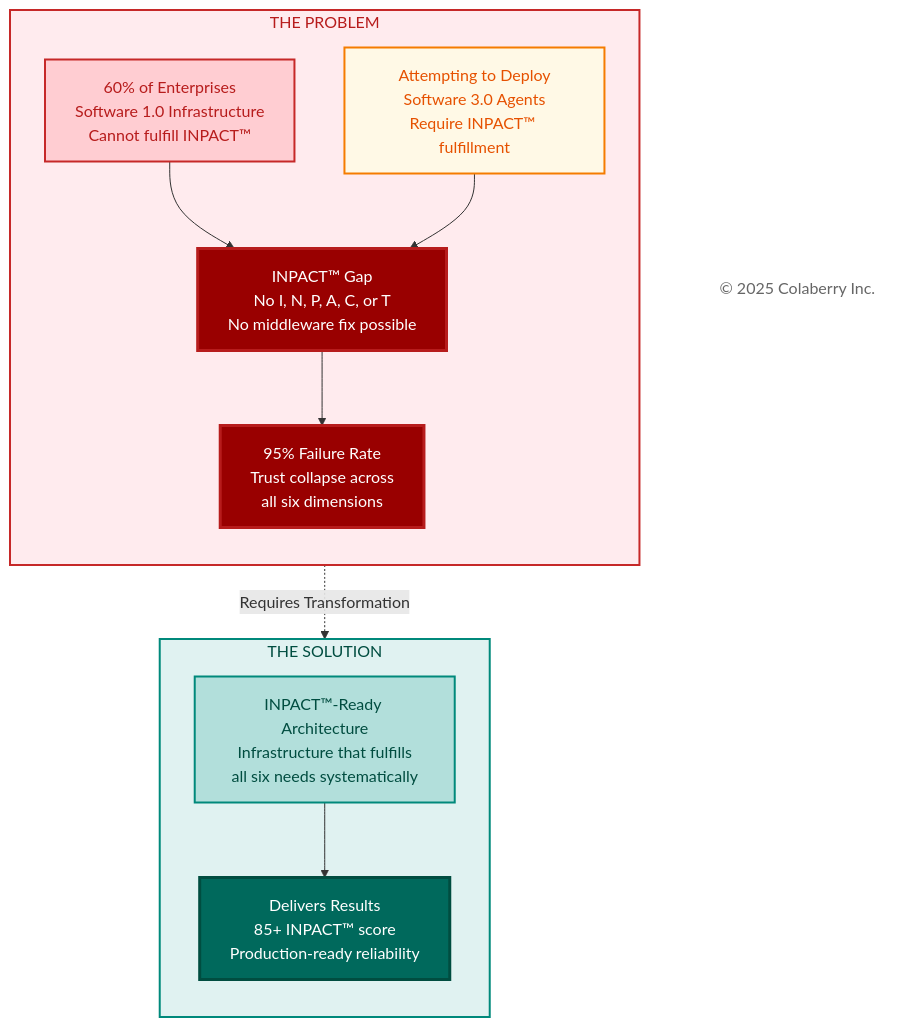
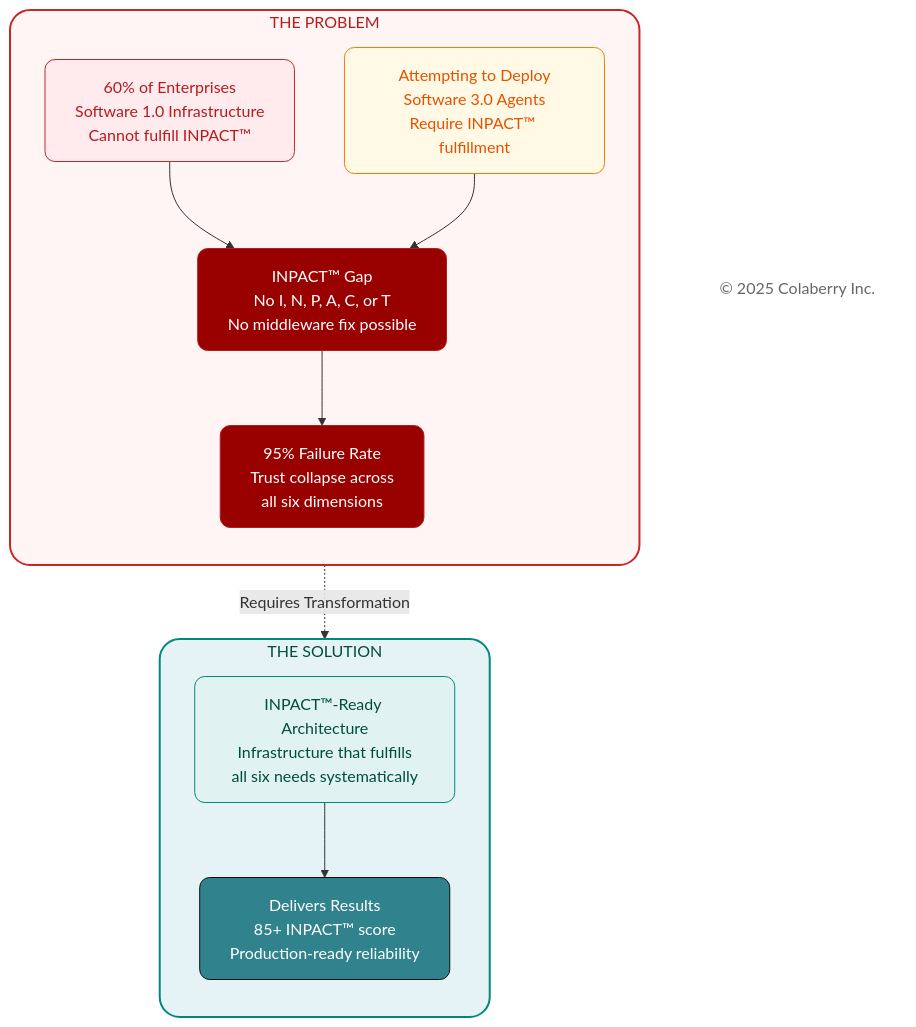
The fourth of 6 diagrams in manuscript/02_chapter_1_why_agents_fail.md (saitejesh-cyber/trust-before-intelligence-book), drawn with Mermaid before and after one commit. The commit also changed other lines of this file, not shown here.

Commit message:
Chapter2: Updated mermaid diagrams based on new colaberry color code

````diff
--- a/manuscript/02_chapter_1_why_agents_fail.md
+++ b/manuscript/02_chapter_1_why_agents_fail.md
@@ -473,43 +472,42 @@
 ```mermaid
 
 graph TB
     subgraph PROBLEM["THE PROBLEM"]
         direction TB
         current["60% of Enterprises<br/>Software 1.0 Infrastructure<br/>Cannot fulfill INPACT™"]
         
         attempting["Attempting to Deploy<br/>Software 3.0 Agents<br/>Require INPACT™ fulfillment"]
         
         gap["INPACT™ Gap<br/>No I, N, P, A, C, or T<br/>No middleware fix possible"]
         
         result["95% Failure Rate<br/>Trust collapse across<br/>all six dimensions"]
         
         current --> gap
         attempting --> gap
         gap --> result
     end
     
     subgraph SOLUTION["THE SOLUTION"]
         direction TB
         transform["INPACT™-Ready Architecture<br/>Infrastructure that fulfills<br/>all six needs systematically"]
         
         delivers["Delivers Results<br/>85+ INPACT™ score<br/>Production-ready reliability"]
         
         transform --> delivers
     end
     
     result -.->|"Requires Transformation"| transform
     
     Copyright["© 2025 Colaberry Inc."]
     
-    style PROBLEM fill:#ffebee,stroke:#c62828,stroke-width:2px,color:#b71c1c
-    style current fill:#ffcdd2,stroke:#c62828,stroke-width:2px,color:#b71c1c
-    style attempting fill:#fff9e6,stroke:#f57c00,stroke-width:2px,color:#e65100
-    style gap fill:#990000,color:#ffffff,stroke:#b71c1c,stroke-width:3px
-    style result fill:#990000,color:#ffffff,stroke:#b71c1c,stroke-width:3px
-    
-    style SOLUTION fill:#e0f2f1,stroke:#00897b,stroke-width:2px,color:#004d40
-    style transform fill:#b2dfdb,stroke:#00897b,stroke-width:2px,color:#004d40
-    style delivers fill:#00695c,color:#ffffff,stroke:#004d40,stroke-width:3px
-    style Copyright fill:#ffffff,stroke:none,color:#666666
+    style PROBLEM fill:#fff5f5,stroke:#c62828,stroke-width:2px,color:#b71c1c,rx:20,ry:20
+    style current fill:#ffebee,stroke:#c62828,stroke-width:1px,color:#b71c1c,rx:10,ry:10
+    style attempting fill:#fff9e6,stroke:#f57c00,stroke-width:1px,color:#e65100,rx:10,ry:10
+    style gap fill:#990000,stroke:#b71c1c,stroke-width:1px,color:#ffffff,rx:10,ry:10
+    style result fill:#990000,stroke:#b71c1c,stroke-width:1px,color:#ffffff,rx:10,ry:10
+    style SOLUTION fill:#e6f3f6,stroke:#00897b,stroke-width:2px,color:#004d40,rx:20,ry:20
+    style transform fill:#e0f2f1,stroke:#00897b,stroke-width:1px,color:#004d40,rx:10,ry:10
+    style delivers fill:#30838C,stroke:#0D0D0D,stroke-width:1px,color:#ffffff,rx:10,ry:10
+    style Copyright fill:none,stroke:none,color:#666666
 
 ```
````
